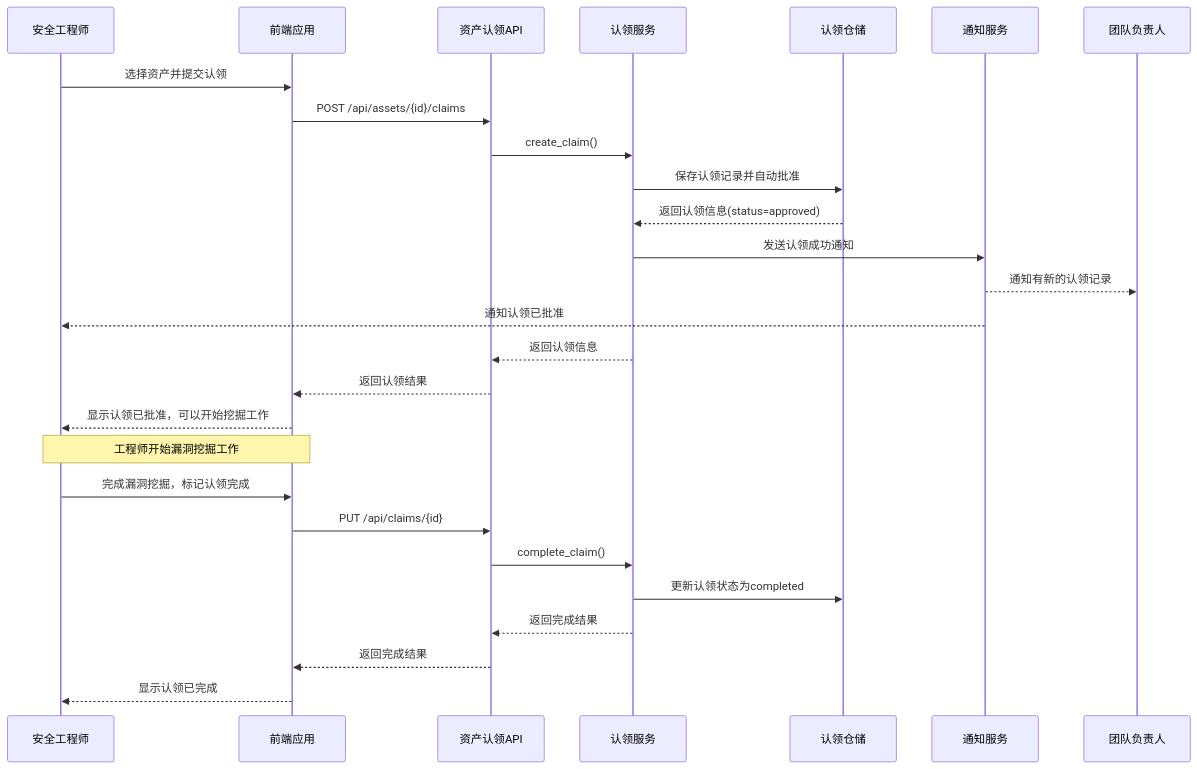
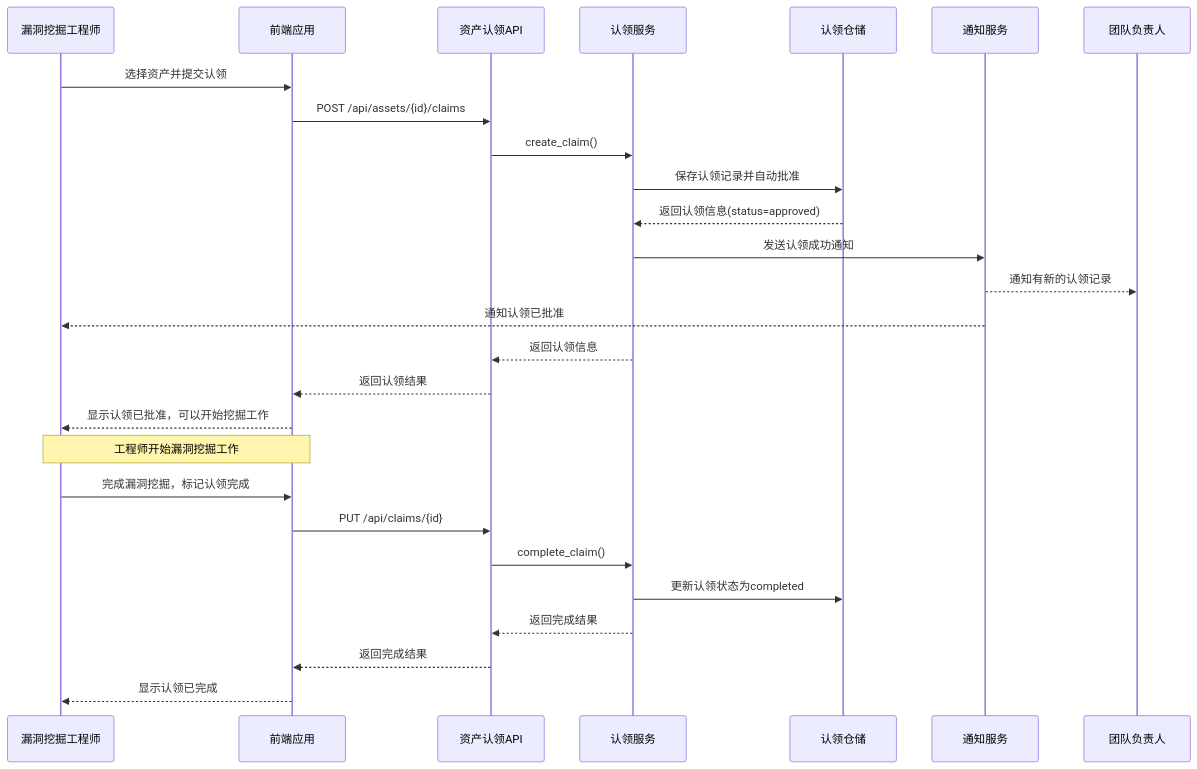
One commit to dayutech/Vuln-Audit-Lifecycle-Management changed the tenth of 14 diagrams in docs/design/sequence_diagram.md. Above: the diagram before and after it, drawn with Mermaid. The commit also changed other lines of this file and 11 other files, not shown here.

````diff
--- a/docs/design/sequence_diagram.md
+++ b/docs/design/sequence_diagram.md
@@ -310,32 +310,32 @@
 ```mermaid
 sequenceDiagram
-    participant Engineer as 安全工程师
+    participant Engineer as 漏洞挖掘工程师
     participant Frontend as 前端应用
     participant ClaimAPI as 资产认领API
     participant ClaimService as 认领服务
     participant ClaimRepo as 认领仓储
     participant NotifyService as 通知服务
     participant Leader as 团队负责人
 
     Engineer->>Frontend: 选择资产并提交认领
     Frontend->>ClaimAPI: POST /api/assets/{id}/claims
     ClaimAPI->>ClaimService: create_claim()
     ClaimService->>ClaimRepo: 保存认领记录并自动批准
     ClaimRepo-->>ClaimService: 返回认领信息(status=approved)
     ClaimService->>NotifyService: 发送认领成功通知
     NotifyService-->>Leader: 通知有新的认领记录
     NotifyService-->>Engineer: 通知认领已批准
     ClaimService-->>ClaimAPI: 返回认领信息
     ClaimAPI-->>Frontend: 返回认领结果
     Frontend-->>Engineer: 显示认领已批准，可以开始挖掘工作
 
     Note over Engineer,Frontend: 工程师开始漏洞挖掘工作
 
     Engineer->>Frontend: 完成漏洞挖掘，标记认领完成
     Frontend->>ClaimAPI: PUT /api/claims/{id}
     ClaimAPI->>ClaimService: complete_claim()
     ClaimService->>ClaimRepo: 更新认领状态为completed
     ClaimService-->>ClaimAPI: 返回完成结果
     ClaimAPI-->>Frontend: 返回完成结果
     Frontend-->>Engineer: 显示认领已完成
 ```
````
